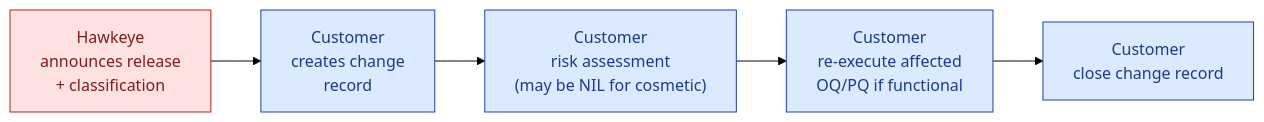
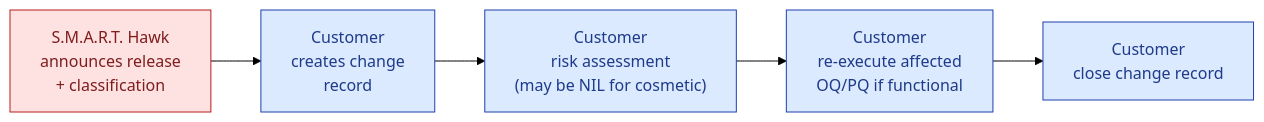
One commit to hawkeyetransact-dotcom/doc_v2 changed the second of 2 diagrams in 08-compliance-regulatory/GAMP-CAT-4-COMPLIANCE.md. Above: the diagram before and after it, drawn with Mermaid (forest theme). The commit also changed other lines of this file and 105 other files, not shown here.

First line of the commit message:
Rebrand docs: Hawkeye -> S.M.A.R.T. Hawk; S.M.A.R.T. five-pillar pipeline

````diff
--- a/08-compliance-regulatory/GAMP-CAT-4-COMPLIANCE.md
+++ b/08-compliance-regulatory/GAMP-CAT-4-COMPLIANCE.md
@@ -721,13 +721,13 @@
 ```mermaid
 flowchart LR
     classDef hk fill:#FEE2E2,stroke:#B91C1C,color:#7F1D1D
     classDef cust fill:#DBEAFE,stroke:#1E40AF,color:#1E3A8A
 
-    HK1["Hawkeye<br/>announces release<br/>+ classification"]:::hk
+    HK1["S.M.A.R.T. Hawk<br/>announces release<br/>+ classification"]:::hk
     CC1["Customer<br/>creates change<br/>record"]:::cust
     CC2["Customer<br/>risk assessment<br/>(may be NIL for cosmetic)"]:::cust
     CC3["Customer<br/>re-execute affected<br/>OQ/PQ if functional"]:::cust
     CC4["Customer<br/>close change record"]:::cust
 
     HK1 --> CC1 --> CC2 --> CC3 --> CC4
 ```
````
